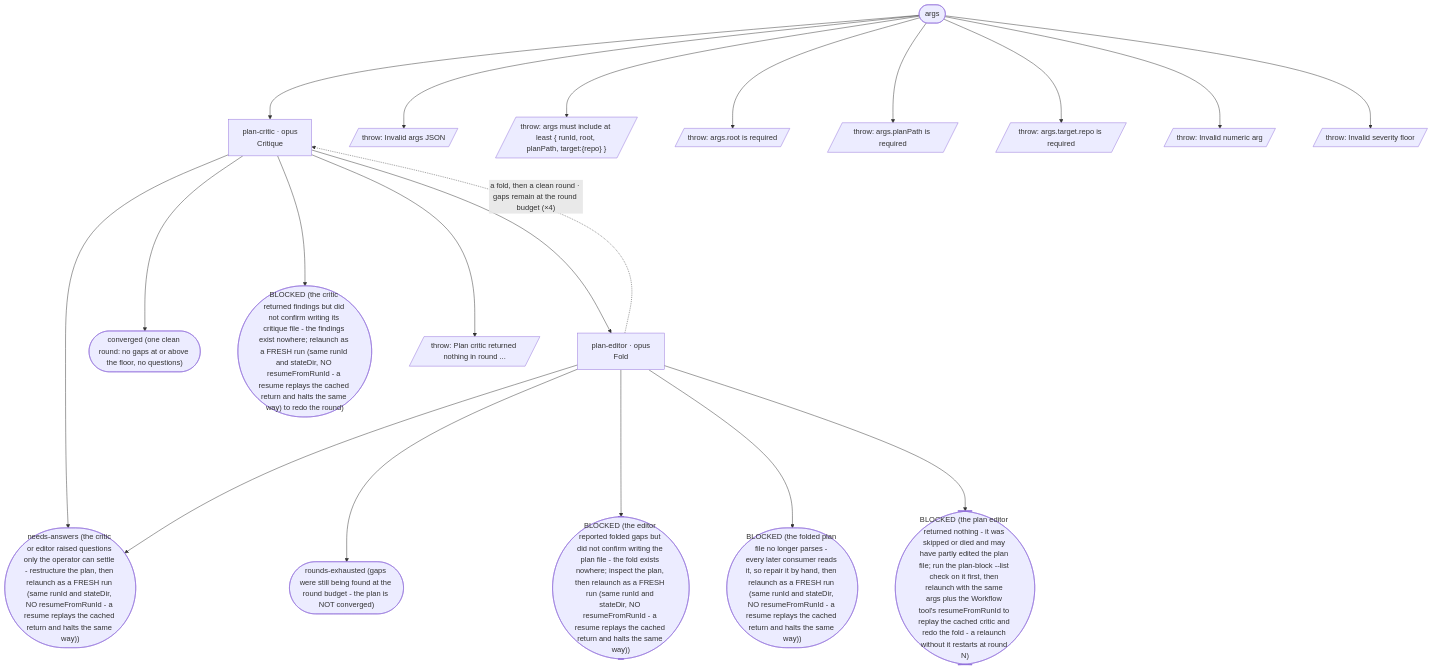
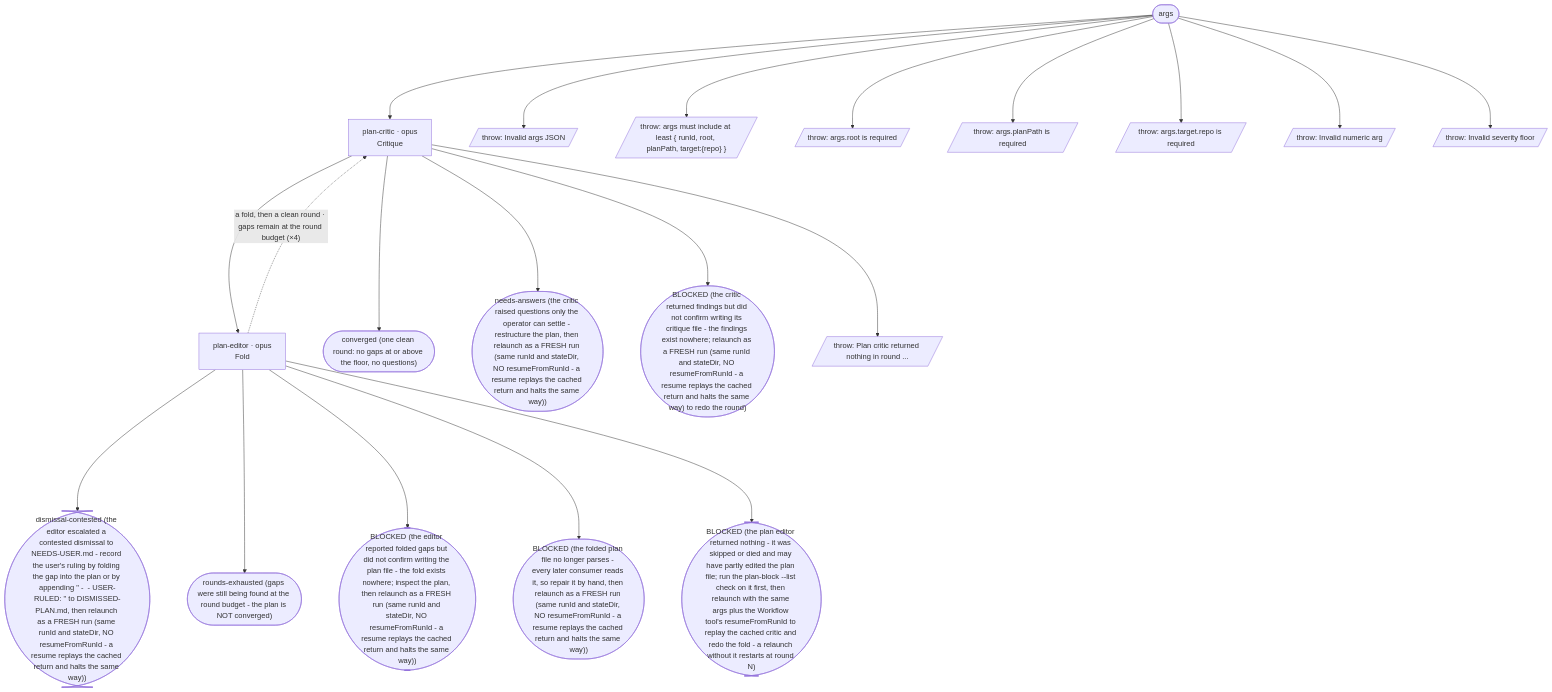
Before and after one commit to Blakeem/aipromptguide-workflows: the diagram in workflows/refine/FLOW.md, drawn with Mermaid. The commit also changed other lines of this file and 48 other files, not shown here.

First line of the commit message:
debug test run: 34 review findings fixed across the engines and tools, and develop's split status lines verified live

````diff
--- a/workflows/refine/FLOW.md
+++ b/workflows/refine/FLOW.md
@@ -8,41 +8,42 @@
 ```mermaid
 %%{init: {"flowchart": {"nodeSpacing": 80, "rankSpacing": 200}}}%%
 flowchart TD
   S0(["args"])
   a1["plan-critic · opus<br/>Critique"]
   a2["plan-editor · opus<br/>Fold"]
   t1(["converged (one clean round: no gaps at or above the floor, no questions)"])
-  t2(["needs-answers (the critic or editor raised questions only the operator can settle - restructure the plan, then relaunch as a FRESH run (same runId and stateDir, NO resumeFromRunId - a resume replays the cached return and halts the same way))"])
-  t3(["rounds-exhausted (gaps were still being found at the round budget - the plan is NOT converged)"])
-  t4(["BLOCKED (the critic returned findings but did not confirm writing its critique file - the findings exist nowhere; relaunch as a FRESH run (same runId and stateDir, NO resumeFromRunId - a resume replays the cached return and halts the same way) to redo the round)"])
-  t5(["BLOCKED (the editor reported folded gaps but did not confirm writing the plan file - the fold exists nowhere; inspect the plan, then relaunch as a FRESH run (same runId and stateDir, NO resumeFromRunId - a resume replays the cached return and halts the same way))"])
-  t6(["BLOCKED (the folded plan file no longer parses - every later consumer reads it, so repair it by hand, then relaunch as a FRESH run (same runId and stateDir, NO resumeFromRunId - a resume replays the cached return and halts the same way))"])
-  t7(["BLOCKED (the plan editor returned nothing - it was skipped or died and may have partly edited the plan file; run the plan-block --list check on it first, then relaunch with the same args plus the Workflow tool's resumeFromRunId to replay the cached critic and redo the fold - a relaunch without it restarts at round N)"])
+  t2(["needs-answers (the critic raised questions only the operator can settle - restructure the plan, then relaunch as a FRESH run (same runId and stateDir, NO resumeFromRunId - a resume replays the cached return and halts the same way))"])
+  t3(["dismissal-contested (the editor escalated a contested dismissal to NEEDS-USER.md - record the user's ruling by folding the gap into the plan or by appending #quot;<block id> - <gap gist> - USER-RULED: <reason>#quot; to DISMISSED-PLAN.md, then relaunch as a FRESH run (same runId and stateDir, NO resumeFromRunId - a resume replays the cached return and halts the same way))"])
+  t4(["rounds-exhausted (gaps were still being found at the round budget - the plan is NOT converged)"])
+  t5(["BLOCKED (the critic returned findings but did not confirm writing its critique file - the findings exist nowhere; relaunch as a FRESH run (same runId and stateDir, NO resumeFromRunId - a resume replays the cached return and halts the same way) to redo the round)"])
+  t6(["BLOCKED (the editor reported folded gaps but did not confirm writing the plan file - the fold exists nowhere; inspect the plan, then relaunch as a FRESH run (same runId and stateDir, NO resumeFromRunId - a resume replays the cached return and halts the same way))"])
+  t7(["BLOCKED (the folded plan file no longer parses - every later consumer reads it, so repair it by hand, then relaunch as a FRESH run (same runId and stateDir, NO resumeFromRunId - a resume replays the cached return and halts the same way))"])
+  t8(["BLOCKED (the plan editor returned nothing - it was skipped or died and may have partly edited the plan file; run the plan-block --list check on it first, then relaunch with the same args plus the Workflow tool's resumeFromRunId to replay the cached critic and redo the fold - a relaunch without it restarts at round N)"])
   x1[/"throw: Invalid args JSON"/]
   x2[/"throw: args must include at least { runId, root, planPath, target:{repo} }"/]
   x3[/"throw: args.root is required"/]
   x4[/"throw: args.planPath is required"/]
   x5[/"throw: args.target.repo is required"/]
   x6[/"throw: Invalid numeric arg"/]
   x7[/"throw: Invalid severity floor"/]
   x8[/"throw: Plan critic returned nothing in round ..."/]
   S0 --> a1
   S0 --> x1
   S0 --> x2
   S0 --> x3
   S0 --> x4
   S0 --> x5
   S0 --> x6
   S0 --> x7
   a1 --> a2
   a1 --> t1
   a1 --> t2
-  a1 --> t4
+  a1 --> t5
   a1 --> x8
   a2 -.->|"a fold, then a clean round · gaps remain at the round budget (×4)"| a1
-  a2 --> t2
   a2 --> t3
-  a2 --> t5
+  a2 --> t4
   a2 --> t6
   a2 --> t7
+  a2 --> t8
 ```
````
